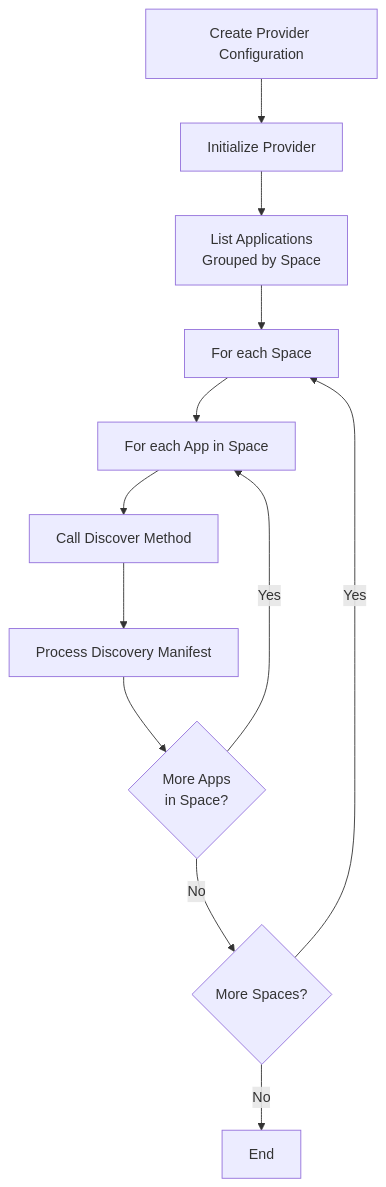
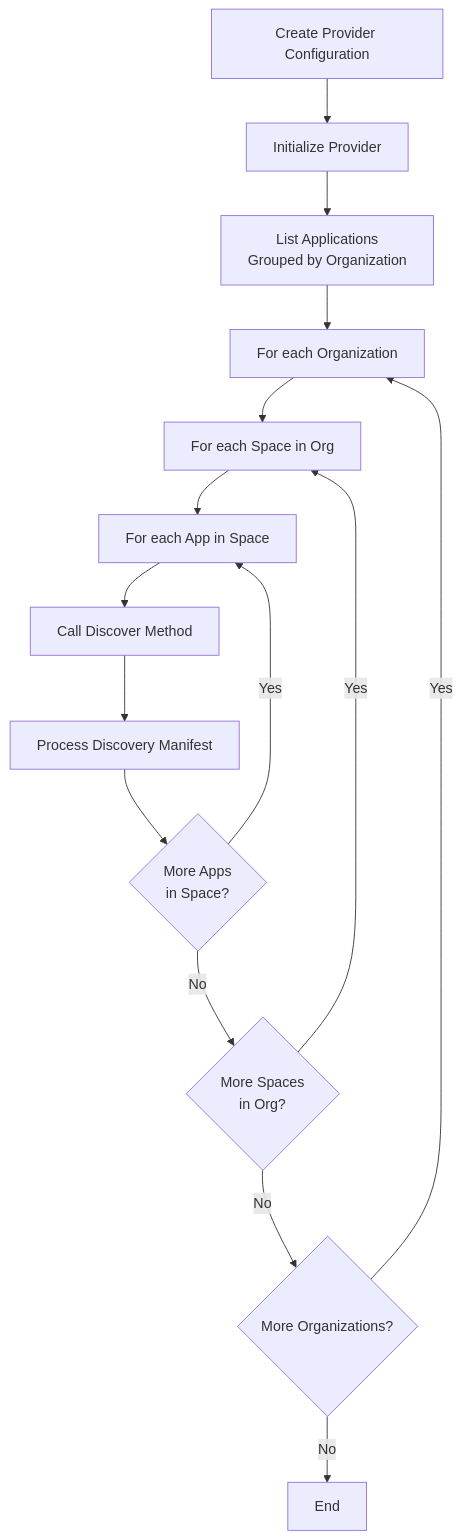
The second of 3 diagrams in README.md (konveyor/asset-generation), drawn with Mermaid before and after one commit. The commit also changed other lines of this file and 6 other files, not shown here.

First line of the commit message:
Add organization filtering to Cloud Foundry discovery

````diff
--- a/README.md
+++ b/README.md
@@ -71,15 +71,18 @@
 ```mermaid
 flowchart TD
     B[Create Provider Configuration]
     B --> C[Initialize Provider]
-    C --> D[List Applications<br/>Grouped by Space]
-    D --> E[For each Space]
-    E --> F[For each App in Space]
-    F --> G[Call Discover Method]
-    G --> H[Process Discovery Manifest]
-    H --> I{More Apps<br/>in Space?}
-    I -- Yes --> F
-    I -- No --> J{More Spaces?}
-    J -- Yes --> E
-    J -- No --> K[End]
+    C --> D[List Applications<br/>Grouped by Organization]
+    D --> E[For each Organization]
+    E --> F[For each Space in Org]
+    F --> G[For each App in Space]
+    G --> H[Call Discover Method]
+    H --> I[Process Discovery Manifest]
+    I --> J{More Apps<br/>in Space?}
+    J -- Yes --> G
+    J -- No --> K{More Spaces<br/>in Org?}
+    K -- Yes --> F
+    K -- No --> L{More Organizations?}
+    L -- Yes --> E
+    L -- No --> M[End]
 ```
````
